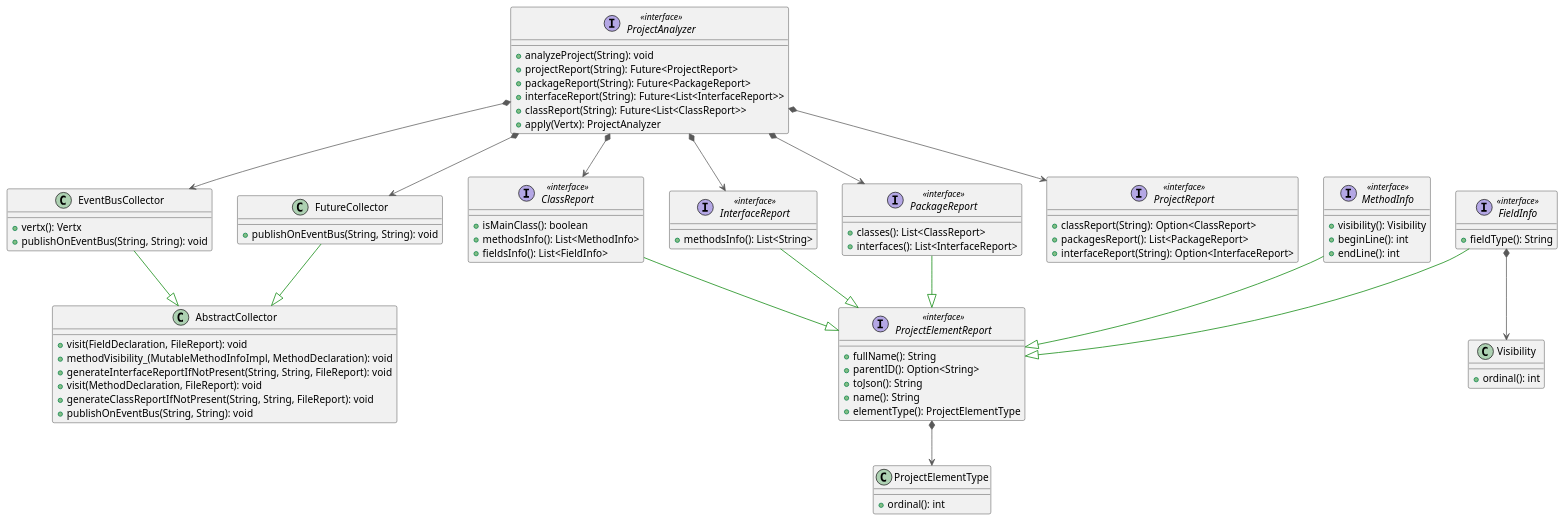
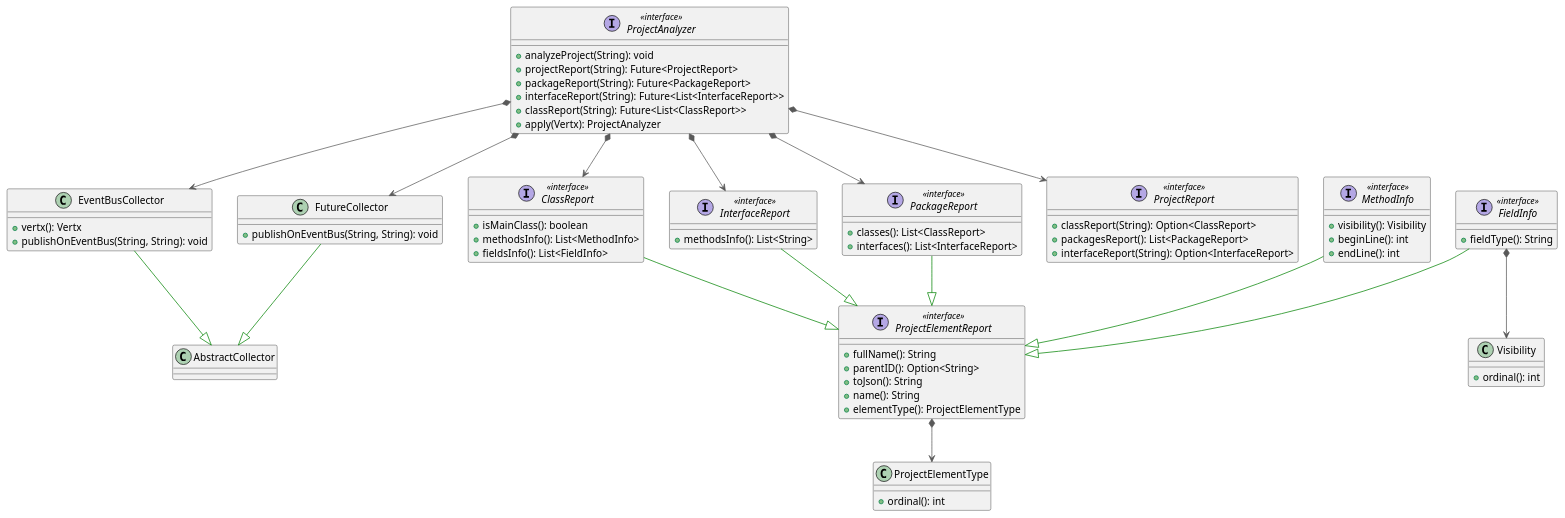
The diagram in project/src/main/uml/EDAPProjectAnalyzer.plantuml (FilippoVissani/assignment-02), drawn with PlantUML before and after one commit. The commit also changed 4 other files, not shown here.

Commit message:
Better UML. Added useful scripts.

```diff
--- a/project/src/main/uml/EDAPProjectAnalyzer.plantuml
+++ b/project/src/main/uml/EDAPProjectAnalyzer.plantuml
@@ -1,84 +1,77 @@
 @startuml
 
-class AbstractCollector {
-  + visit(FieldDeclaration, FileReport): void
-  + methodVisibility_(MutableMethodInfoImpl, MethodDeclaration): void
-  + generateInterfaceReportIfNotPresent(String, String, FileReport): void
-  + visit(MethodDeclaration, FileReport): void
-  + generateClassReportIfNotPresent(String, String, FileReport): void
-  + publishOnEventBus(String, String): void
-}
+class AbstractCollector
 interface ClassReport << interface >> {
   + isMainClass(): boolean
   + methodsInfo(): List<MethodInfo>
   + fieldsInfo(): List<FieldInfo>
 }
 class EventBusCollector {
   + vertx(): Vertx
   + publishOnEventBus(String, String): void
 }
 interface FieldInfo << interface >> {
   + fieldType(): String
 }
 class FutureCollector {
   + publishOnEventBus(String, String): void
 }
 interface InterfaceReport << interface >> {
   + methodsInfo(): List<String>
 }
 interface MethodInfo << interface >> {
   + visibility(): Visibility
   + beginLine(): int
   + endLine(): int
 }
 interface PackageReport << interface >> {
   + classes(): List<ClassReport>
   + interfaces(): List<InterfaceReport>
 }
 interface ProjectAnalyzer << interface >> {
   + analyzeProject(String): void
   + projectReport(String): Future<ProjectReport>
   + packageReport(String): Future<PackageReport>
   + interfaceReport(String): Future<List<InterfaceReport>>
   + classReport(String): Future<List<ClassReport>>
   + apply(Vertx): ProjectAnalyzer
 }
 
 interface ProjectElementReport << interface >> {
   + fullName(): String
   + parentID(): Option<String>
   + toJson(): String
   + name(): String
   + elementType(): ProjectElementType
 }
 
 class ProjectElementType {
   + ordinal(): int
 }
 interface ProjectReport << interface >> {
   + classReport(String): Option<ClassReport>
   + packagesReport(): List<PackageReport>
   + interfaceReport(String): Option<InterfaceReport>
 }
 class Visibility {
   + ordinal(): int
 }
 
 ClassReport           -[#008200,plain]-^  ProjectElementReport 
 FieldInfo             -[#008200,plain]-^  ProjectElementReport 
 InterfaceReport       -[#008200,plain]-^  ProjectElementReport 
 MethodInfo            -[#008200,plain]-^  ProjectElementReport 
 PackageReport         -[#008200,plain]-^  ProjectElementReport 
 EventBusCollector -[#008200,plain]-^ AbstractCollector
 FutureCollector -[#008200,plain]-^ AbstractCollector
 ProjectAnalyzer *-[#595959,plain]-> FutureCollector
 ProjectAnalyzer *-[#595959,plain]-> EventBusCollector
 ProjectAnalyzer *-[#595959,plain]-> ProjectReport
 ProjectAnalyzer *-[#595959,plain]-> PackageReport
 ProjectAnalyzer *-[#595959,plain]-> ClassReport
 ProjectAnalyzer *-[#595959,plain]-> InterfaceReport
 
 FieldInfo *-[#595959,plain]-> Visibility
 ProjectElementReport *-[#595959,plain]-> ProjectElementType
 
 @enduml
```
